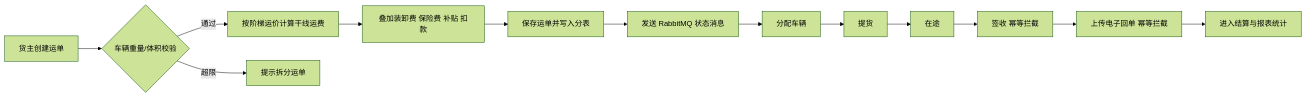
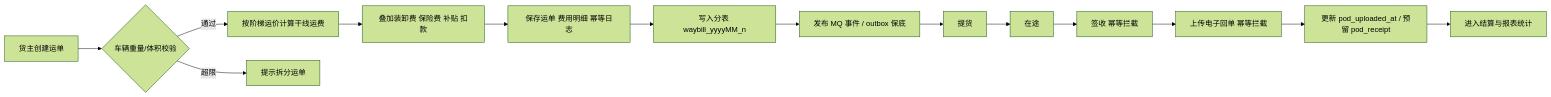
The first of 5 diagrams in docs/内部运单 & 结算管理后台设计方案.md (1136812645/Xu-wuliu), drawn with Mermaid (forest theme) before and after one commit. The commit also changed other lines of this file and 67 other files, not shown here.

````diff
--- a/docs/内部运单 & 结算管理后台设计方案.md
+++ b/docs/内部运单 & 结算管理后台设计方案.md
@@ -20,15 +20,16 @@
 ```mermaid
 flowchart LR
   A[货主创建运单] --> B{车辆重量/体积校验}
   B -->|通过| C[按阶梯运价计算干线运费]
   B -->|超限| B1[提示拆分运单]
   C --> D[叠加装卸费 保险费 补贴 扣款]
-  D --> E[保存运单并写入分表]
-  E --> F[发送 RabbitMQ 状态消息]
-  F --> G[分配车辆]
+  D --> E[保存运单 费用明细 幂等日志]
+  E --> F[写入分表 waybill_yyyyMM_n]
+  F --> G[发布 MQ 事件 / outbox 保底]
   G --> H[提货]
   H --> I[在途]
   I --> J[签收 幂等拦截]
   J --> K[上传电子回单 幂等拦截]
-  K --> L[进入结算与报表统计]
+  K --> L[更新 pod_uploaded_at / 预留 pod_receipt]
+  L --> M[进入结算与报表统计]
 ```
````
